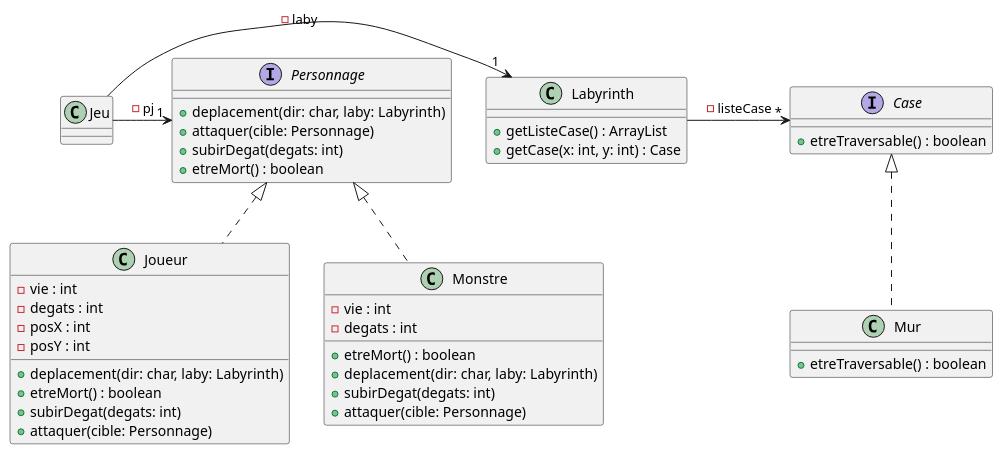
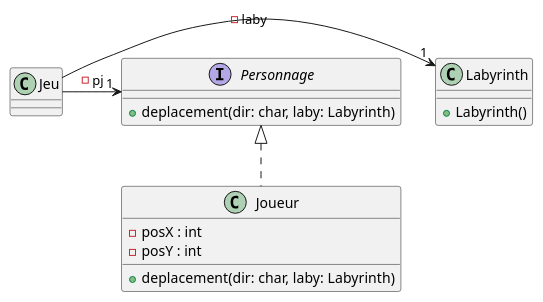
Before and after one commit to Zayd54500/2026_COO_Zeldiablo_ZB_VJ_HD_MM: the diagram in projet_zeldiablo/src/main/DiagrameClassV1.puml, drawn with PlantUML. The commit also changed 4 other files, not shown here.

Commit message:
Modification Diagrame de classe, création DessinJeu, création Moteur, modification Jeu

```diff
--- a/projet_zeldiablo/src/main/DiagrameClassV1.puml
+++ b/projet_zeldiablo/src/main/DiagrameClassV1.puml
@@ -1,47 +1,22 @@
 @startuml
 'https://plantuml.com/class-diagram
 class Jeu{
 }
-interface Case {
-+ etreTraversable() : boolean
-}
 
 interface Personnage {
 + deplacement(dir: char, laby: Labyrinth)
-+ attaquer(cible: Personnage)
-+ subirDegat(degats: int)
-+ etreMort() : boolean
-}
-
-class Mur implements Case {
-+ etreTraversable() : boolean
 }
 
 class Labyrinth {
-+ getListeCase() : ArrayList
-+ getCase(x: int, y: int) : Case
++Labyrinth()
 }
 
 class Joueur implements Personnage {
-- vie : int
-- degats : int
 - posX : int
 - posY : int
 + deplacement(dir: char, laby: Labyrinth)
-+ etreMort() : boolean
-+ subirDegat(degats: int)
-+ attaquer(cible: Personnage)
 }
 
-class Monstre implements Personnage {
-- vie : int
-- degats : int
-+ etreMort() : boolean
-+ deplacement(dir: char, laby: Labyrinth)
-+ subirDegat(degats: int)
-+ attaquer(cible: Personnage)
-}
 Jeu -> "1" Labyrinth : -laby
 Jeu -> "1" Personnage : -pj
-Labyrinth -> "*" Case : -listeCase
 @enduml
```
